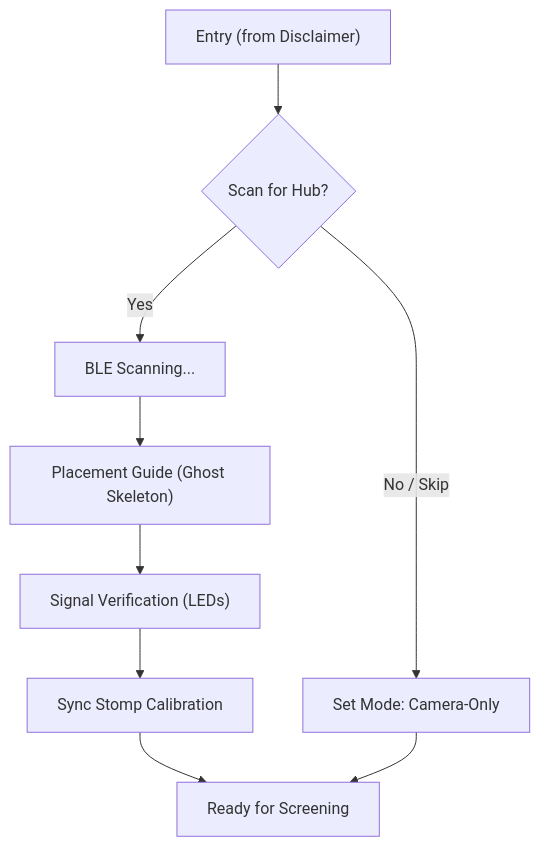
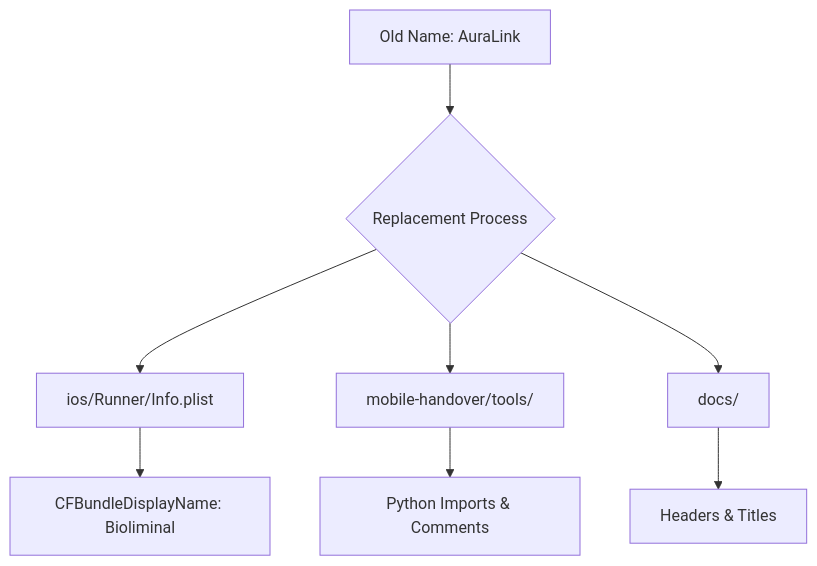
The diagram in MODIFICATION_DESIGN.md (Bioliminal/bioliminal-mobile-application), drawn with Mermaid before and after one commit. The commit also changed other lines of this file and 54 other files, not shown here.

````diff
--- a/MODIFICATION_DESIGN.md
+++ b/MODIFICATION_DESIGN.md
@@ -31,11 +38,10 @@
 ```mermaid
 graph TD
-    A["Entry (from Disclaimer)"] --> B{"Scan for Hub?"}
-    B -- "No / Skip" --> C["Set Mode: Camera-Only"]
-    B -- "Yes" --> D["BLE Scanning..."]
-    D --> E["Placement Guide (Ghost Skeleton)"]
-    E --> F["Signal Verification (LEDs)"]
-    F --> G["Sync Stomp Calibration"]
-    G --> H["Ready for Screening"]
-    C --> H
+    A["Old Name: AuraLink"] --> B{Replacement Process}
+    B --> C["ios/Runner/Info.plist"]
+    B --> D["mobile-handover/tools/"]
+    B --> E["docs/"]
+    C --> F["CFBundleDisplayName: Bioliminal"]
+    D --> G["Python Imports & Comments"]
+    E --> H["Headers & Titles"]
 ```
````
